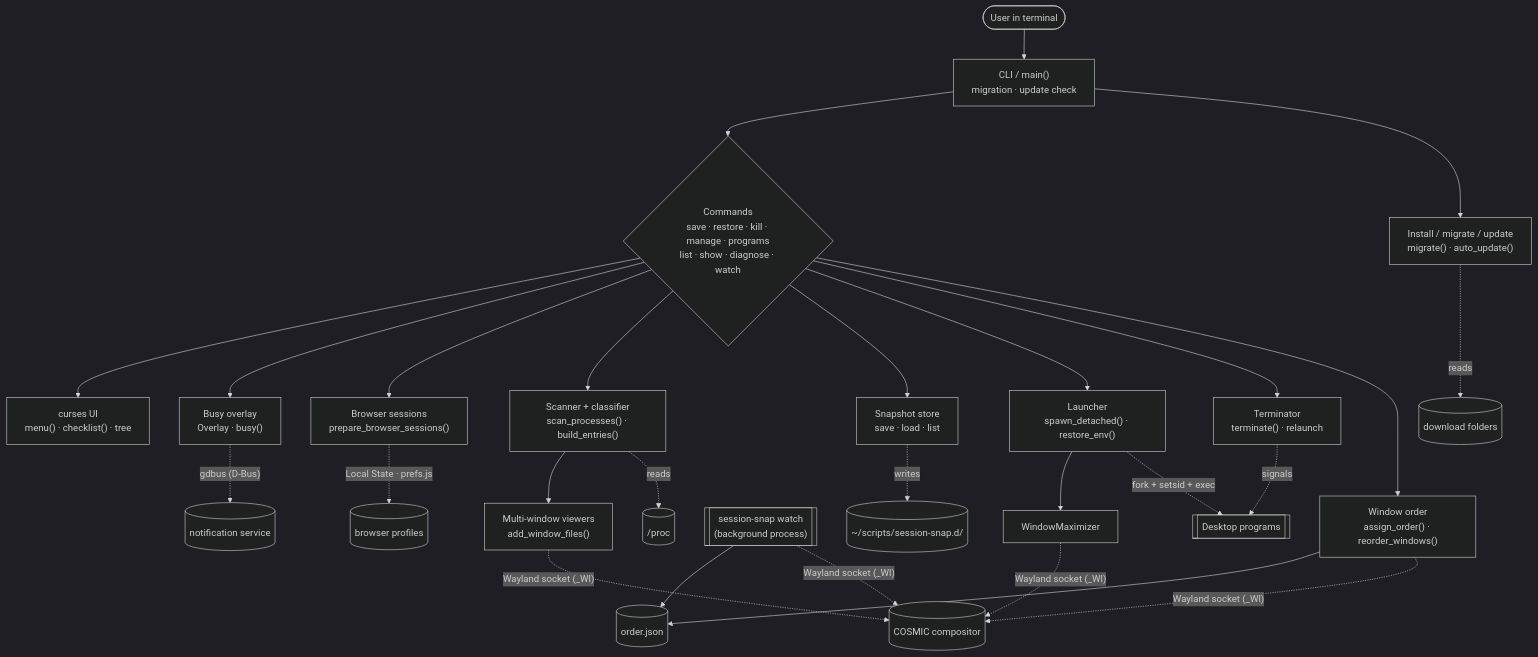
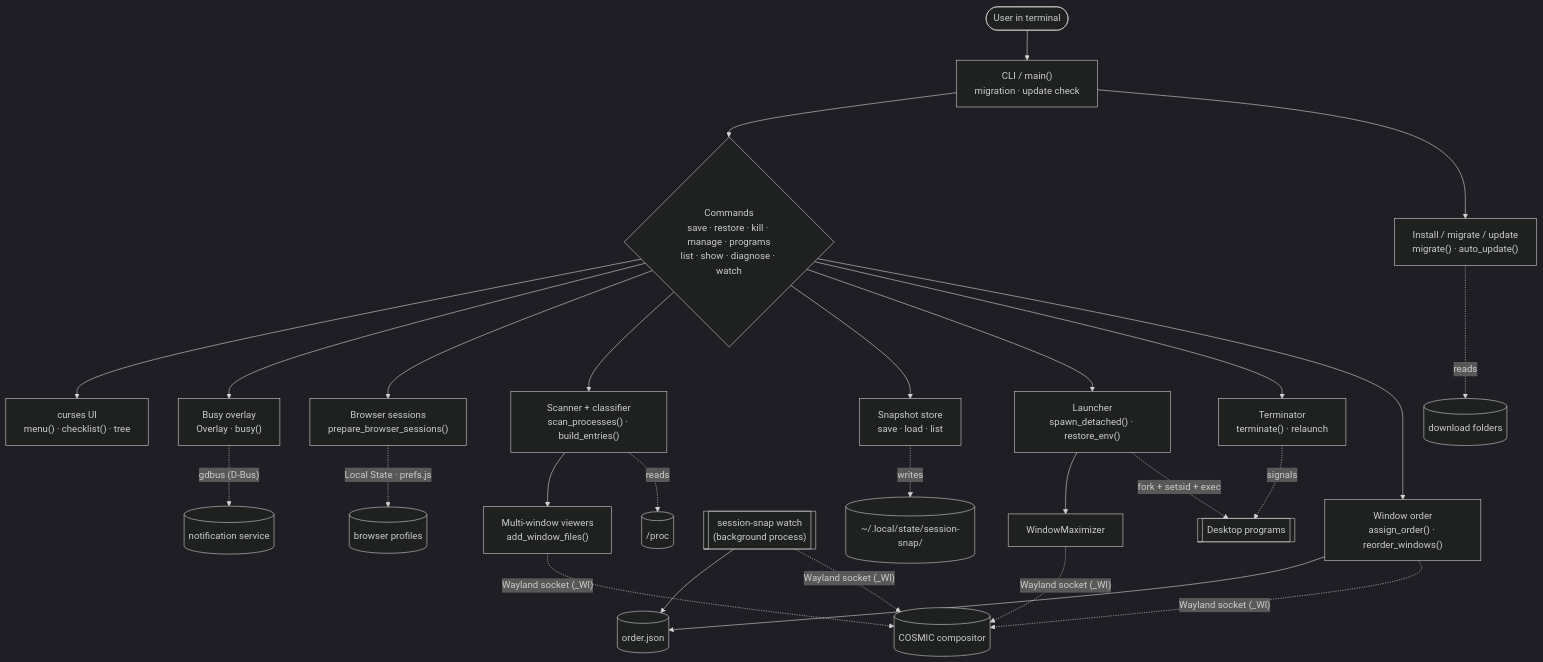
The first of 12 diagrams in docs/developer.md (peddanet/session-snap), drawn with Mermaid (dark theme) before and after one commit. The commit also changed other lines of this file and 5 other files, not shown here.

````diff
--- a/docs/developer.md
+++ b/docs/developer.md
@@ -56,27 +56,27 @@
 ```mermaid
 %% caption: Component overview of session-snap 1.8.0
 flowchart TB
     U([User in terminal]) --> CLI["CLI / main()<br/>migration · update check"]
     CLI --> CMD{"Commands<br/>save · restore · kill · manage · programs<br/>list · show · diagnose · watch"}
     CMD --> UI["curses UI<br/>menu() · checklist() · tree"]
     CMD --> OV["Busy overlay<br/>Overlay · busy()"]
     OV -. "gdbus (D-Bus)" .-> NOT[("notification service")]
     CMD --> BS["Browser sessions<br/>prepare_browser_sessions()"]
     BS -. "Local State · prefs.js" .-> BP[("browser profiles")]
     CMD --> SCAN["Scanner + classifier<br/>scan_processes() · build_entries()"]
     SCAN --> MW["Multi-window viewers<br/>add_window_files()"]
     CMD --> STORE["Snapshot store<br/>save · load · list"]
     CMD --> LAUNCH["Launcher<br/>spawn_detached() · restore_env()"]
     CMD --> TERM["Terminator<br/>terminate() · relaunch"]
     CMD --> ORD["Window order<br/>assign_order() · reorder_windows()"]
     WATCH[["session-snap watch<br/>(background process)"]] --> OJ[("order.json")]
     ORD --> OJ
     LAUNCH --> WIN["WindowMaximizer"]
     WIN & ORD & MW & WATCH -. "Wayland socket (_Wl)" .-> COMP[("COSMIC compositor")]
     SCAN -. reads .-> PROC[("/proc")]
     CLI --> UPD["Install / migrate / update<br/>migrate() · auto_update()"]
     UPD -. reads .-> DL[("download folders")]
-    STORE -. writes .-> DIR[("~/scripts/session-snap.d/")]
+    STORE -. writes .-> DIR[("~/.local/state/session-snap/")]
     LAUNCH -. "fork + setsid + exec" .-> RUN[["Desktop programs"]]
     TERM -. "signals" .-> RUN
 ```
````
